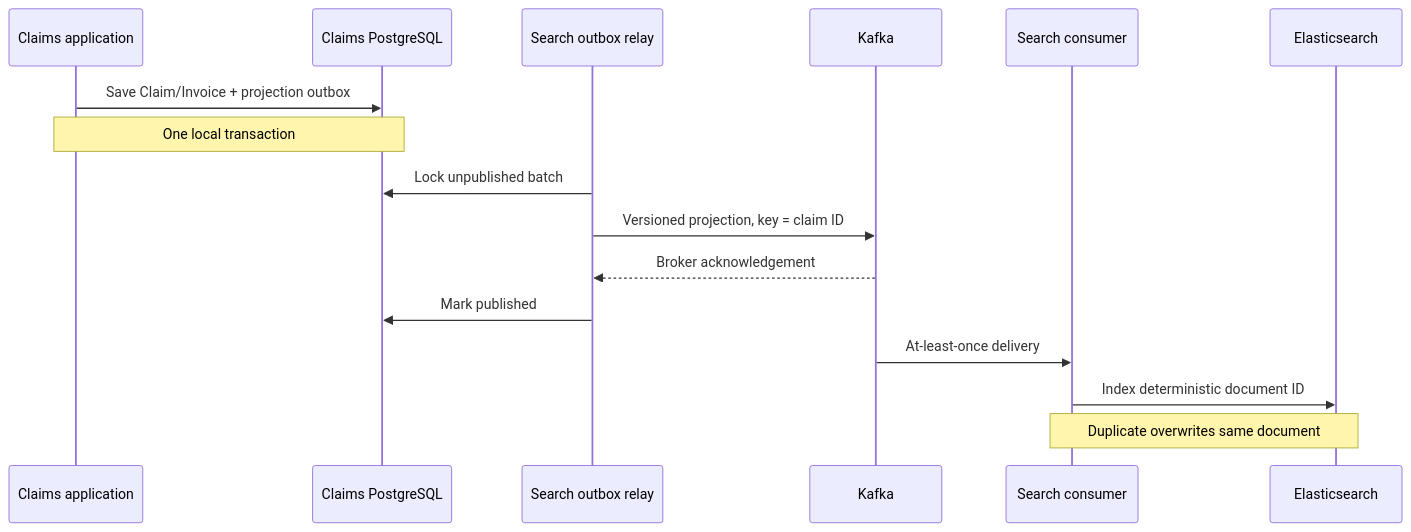
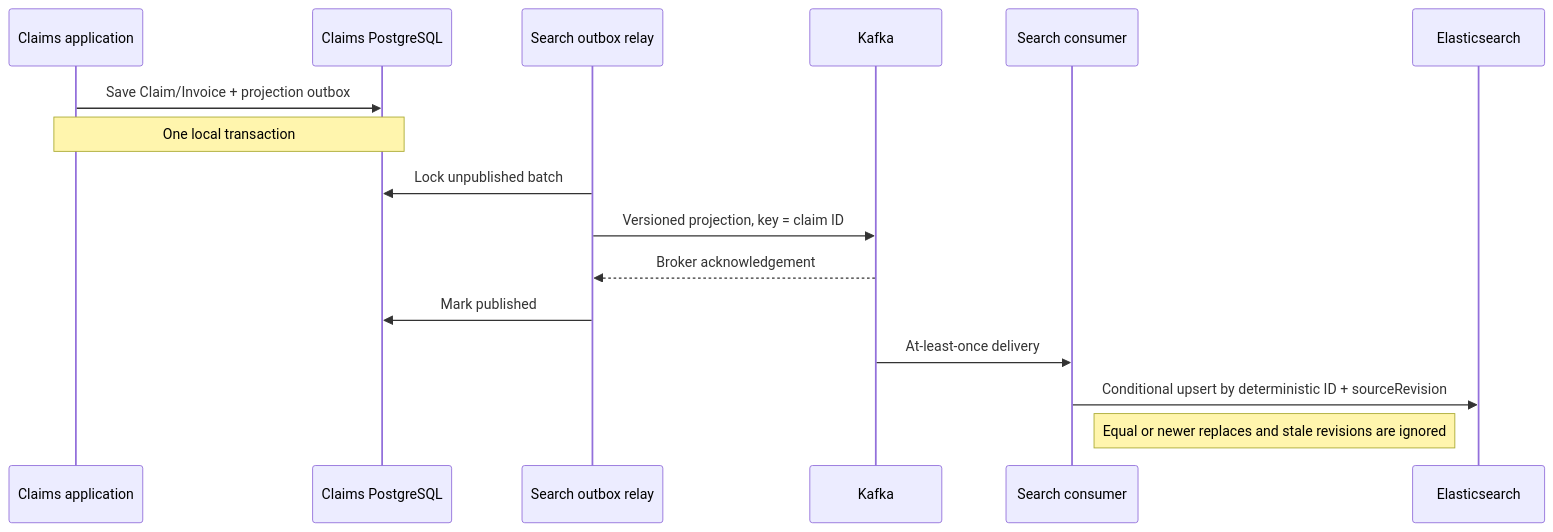
One commit to aydindemir1/health-insurance-platform changed the third of 5 diagrams in docs/architecture/search-and-observability.md. Above: the diagram before and after it, drawn with Mermaid. The commit also changed other lines of this file and 18 other files, not shown here.

````diff
--- a/docs/architecture/search-and-observability.md
+++ b/docs/architecture/search-and-observability.md
@@ -51,18 +54,18 @@
 ```mermaid
 sequenceDiagram
     participant C as Claims application
     participant DB as Claims PostgreSQL
     participant O as Search outbox relay
     participant K as Kafka
     participant S as Search consumer
     participant E as Elasticsearch
     C->>DB: Save Claim/Invoice + projection outbox
     Note over C,DB: One local transaction
     O->>DB: Lock unpublished batch
     O->>K: Versioned projection, key = claim ID
     K-->>O: Broker acknowledgement
     O->>DB: Mark published
     K->>S: At-least-once delivery
-    S->>E: Index deterministic document ID
-    Note over S,E: Duplicate overwrites same document
+    S->>E: Conditional upsert by deterministic ID + sourceRevision
+    Note right of S: Equal or newer replaces and stale revisions are ignored
 ```
````
